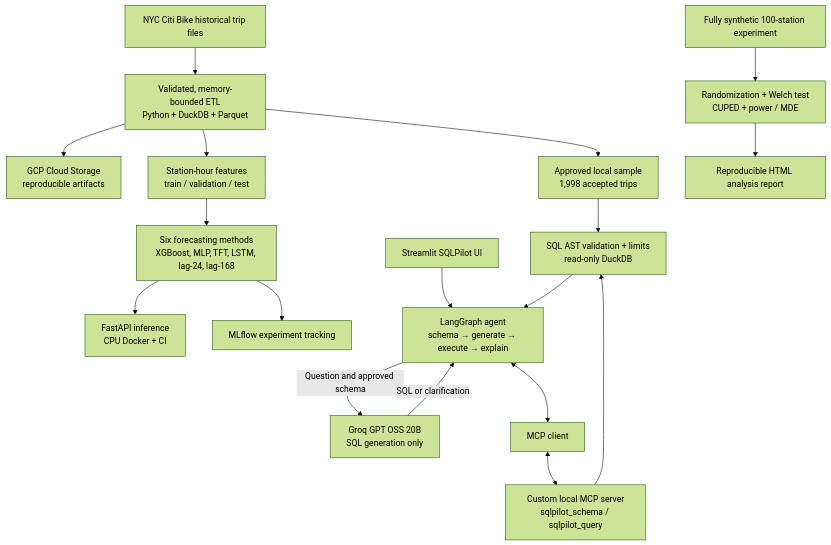
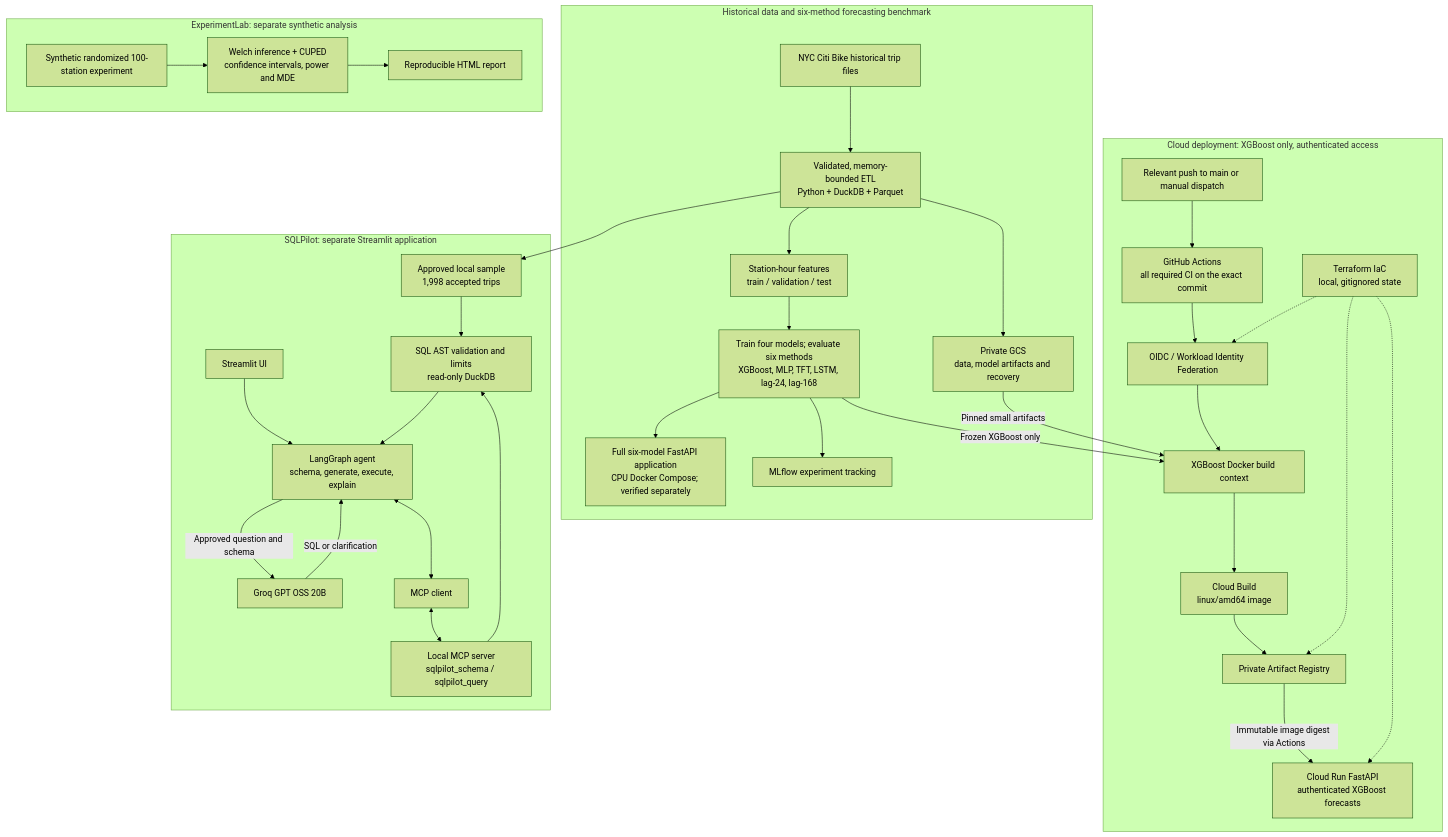
The diagram in README.md (sanjeevani1193/CityPulse-AI), drawn with Mermaid (forest theme) before and after one commit. The commit also changed other lines of this file, not shown here.

Commit message:
Present verified cloud deployment and CI/CD in project README

````diff
--- a/README.md
+++ b/README.md
@@ -33,22 +33,42 @@
 ```mermaid
 flowchart TB
-    A[NYC Citi Bike historical trip files] --> B["Validated, memory-bounded ETL<br/>Python + DuckDB + Parquet"]
-    B --> C["GCP Cloud Storage<br/>reproducible artifacts"]
-    B --> F["Station-hour features<br/>train / validation / test"]
-    F --> M["Six forecasting methods<br/>XGBoost, MLP, TFT, LSTM, lag-24, lag-168"]
-    M --> S["FastAPI inference<br/>CPU Docker + CI"]
-    M --> T[MLflow experiment tracking]
+    subgraph Forecasting["Historical data and six-method forecasting benchmark"]
+        A["NYC Citi Bike historical trip files"] --> B["Validated, memory-bounded ETL<br/>Python + DuckDB + Parquet"]
+        B --> C["Private GCS<br/>data, model artifacts and recovery"]
+        B --> F["Station-hour features<br/>train / validation / test"]
+        F --> M["Train four models; evaluate six methods<br/>XGBoost, MLP, TFT, LSTM, lag-24, lag-168"]
+        M --> S["Full six-model FastAPI application<br/>CPU Docker Compose; verified separately"]
+        M --> T["MLflow experiment tracking"]
+    end
 
-    B --> P["Approved local sample<br/>1,998 accepted trips"]
-    U[Streamlit SQLPilot UI] --> G["LangGraph agent<br/>schema → generate → execute → explain"]
-    G -->|Question and approved schema| L["Groq GPT OSS 20B<br/>SQL generation only"]
-    L -->|SQL or clarification| G
-    G <--> MC[MCP client]
-    MC <--> MS["Custom local MCP server<br/>sqlpilot_schema / sqlpilot_query"]
-    MS --> V["SQL AST validation + limits<br/>read-only DuckDB"]
-    P --> V
-    V --> G
+    subgraph Cloud["Cloud deployment: XGBoost only, authenticated access"]
+        M -->|Frozen XGBoost only| PK["XGBoost Docker build context"]
+        C -->|Pinned small artifacts| PK
+        PK --> CB["Cloud Build<br/>linux/amd64 image"]
+        GH["Relevant push to main or manual dispatch"] --> CI["GitHub Actions<br/>all required CI on the exact commit"]
+        CI --> WIF["OIDC / Workload Identity Federation"]
+        WIF --> PK
+        CB --> AR["Private Artifact Registry"]
+        AR -->|Immutable image digest via Actions| R["Cloud Run FastAPI<br/>authenticated XGBoost forecasts"]
+        TF["Terraform IaC<br/>local, gitignored state"] -.-> WIF
+        TF -.-> AR
+        TF -.-> R
+    end
 
-    E[Fully synthetic 100-station experiment] --> W["Randomization + Welch test<br/>CUPED + power / MDE"]
-    W --> H[Reproducible HTML analysis report]
+    subgraph SQLPilot["SQLPilot: separate Streamlit application"]
+        B --> P["Approved local sample<br/>1,998 accepted trips"]
+        U["Streamlit UI"] --> G["LangGraph agent<br/>schema, generate, execute, explain"]
+        G -->|Approved question and schema| L["Groq GPT OSS 20B"]
+        L -->|SQL or clarification| G
+        G <--> MC["MCP client"]
+        MC <--> MS["Local MCP server<br/>sqlpilot_schema / sqlpilot_query"]
+        MS --> V["SQL AST validation and limits<br/>read-only DuckDB"]
+        P --> V
+        V --> G
+    end
+
+    subgraph ExperimentLab["ExperimentLab: separate synthetic analysis"]
+        E["Synthetic randomized 100-station experiment"] --> W["Welch inference + CUPED<br/>confidence intervals, power and MDE"]
+        W --> H["Reproducible HTML report"]
+    end
 ```
````
